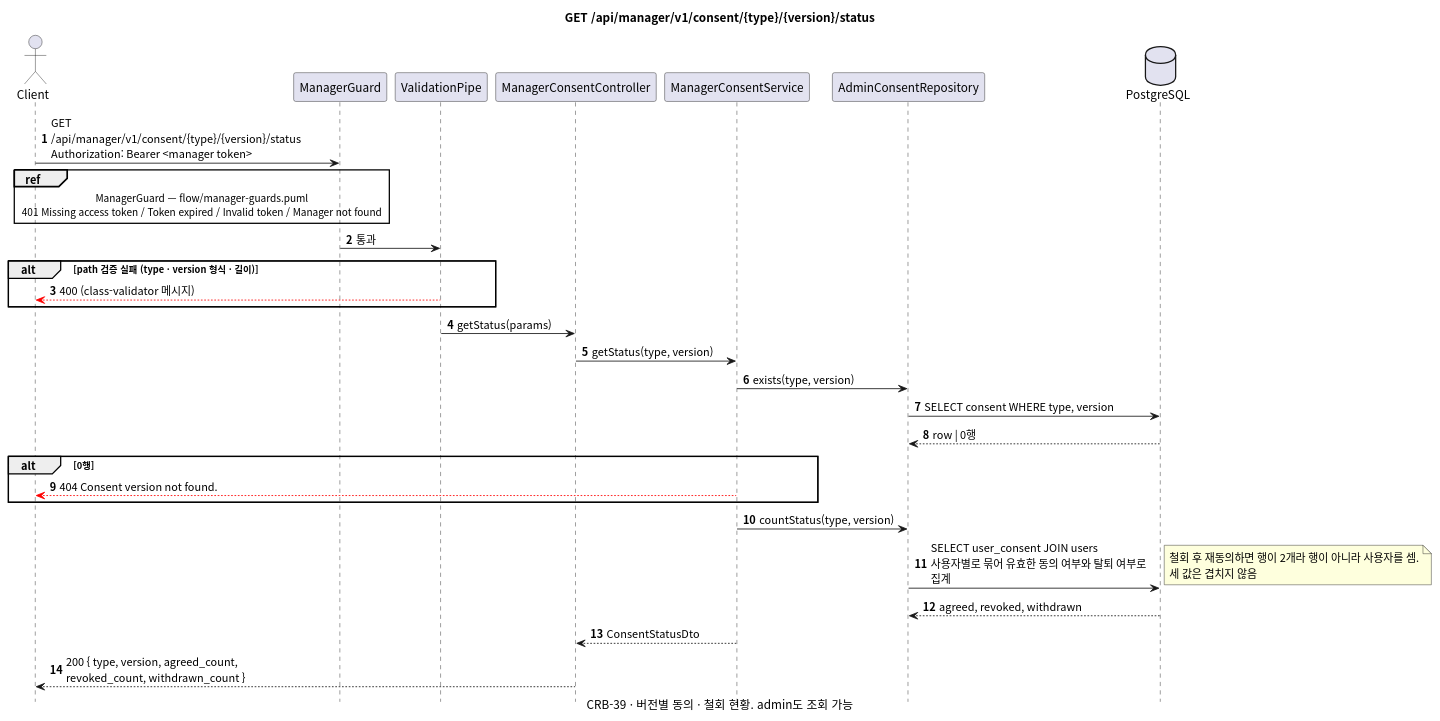
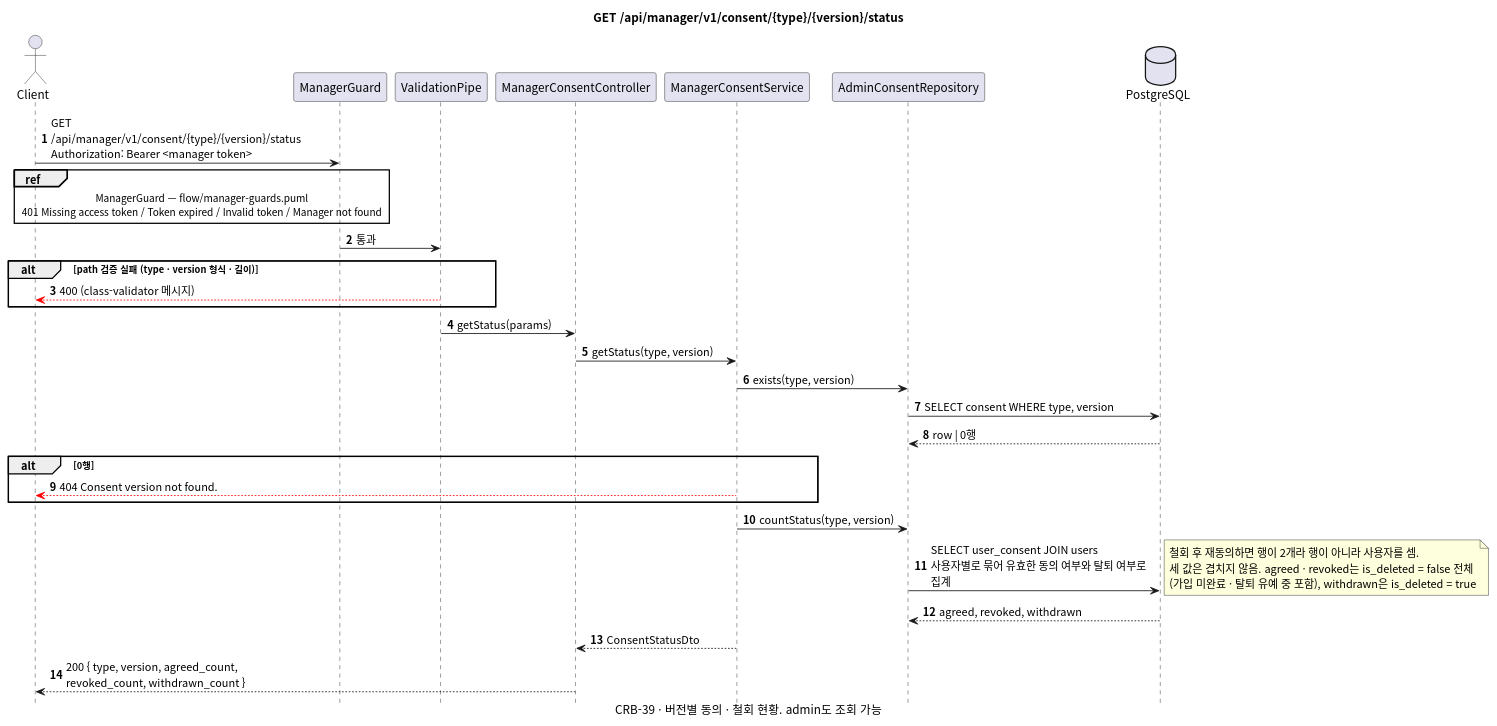
Before and after one commit to gsainfoteam/cheers-be: the diagram in docs/sequence/manager/get-consent-type-version-status.puml, drawn with PlantUML. The commit also changed 9 other files, not shown here.

```diff
--- a/docs/sequence/manager/get-consent-type-version-status.puml
+++ b/docs/sequence/manager/get-consent-type-version-status.puml
@@ -1,43 +1,43 @@
 @startuml get-manager-consent-type-version-status
 skinparam defaultFontName "Apple SD Gothic Neo", "Noto Sans CJK KR", sans-serif
 skinparam responseMessageBelowArrow true
 skinparam sequenceMessageAlign left
 skinparam maxMessageSize 260
 skinparam BoxPadding 8
 skinparam shadowing false
 autonumber
 hide footbox
 
 title GET /api/manager/v1/consent/{type}/{version}/status
 caption CRB-39 · 버전별 동의 · 철회 현황. admin도 조회 가능
 
 actor Client
 participant "ManagerGuard" as Guard
 participant "ValidationPipe" as Pipe
 participant "ManagerConsentController" as Controller
 participant "ManagerConsentService" as Service
 participant "AdminConsentRepository" as AdminConsentRepository
 database PostgreSQL
 
 Client -> Guard: GET /api/manager/v1/consent/{type}/{version}/status\nAuthorization: Bearer <manager token>
 ref over Client, Guard: ManagerGuard — flow/manager-guards.puml\n401 Missing access token / Token expired / Invalid token / Manager not found
 Guard -> Pipe: 통과
 alt path 검증 실패 (type · version 형식 · 길이)
   Pipe -[#red]-> Client: 400 (class-validator 메시지)
 end
 Pipe -> Controller: getStatus(params)
 Controller -> Service: getStatus(type, version)
 Service -> AdminConsentRepository: exists(type, version)
 AdminConsentRepository -> PostgreSQL: SELECT consent WHERE type, version
 PostgreSQL --> AdminConsentRepository: row | 0행
 alt 0행
   Service -[#red]-> Client: 404 Consent version not found.
 end
 Service -> AdminConsentRepository: countStatus(type, version)
 AdminConsentRepository -> PostgreSQL: SELECT user_consent JOIN users\n사용자별로 묶어 유효한 동의 여부와 탈퇴 여부로 집계
-note right: 철회 후 재동의하면 행이 2개라 행이 아니라 사용자를 셈.\n세 값은 겹치지 않음
+note right: 철회 후 재동의하면 행이 2개라 행이 아니라 사용자를 셈.\n세 값은 겹치지 않음. agreed · revoked는 is_deleted = false 전체\n(가입 미완료 · 탈퇴 유예 중 포함), withdrawn은 is_deleted = true
 PostgreSQL --> AdminConsentRepository: agreed, revoked, withdrawn
 Service --> Controller: ConsentStatusDto
 Controller --> Client: 200 { type, version, agreed_count, revoked_count, withdrawn_count }
 
 @enduml
```
